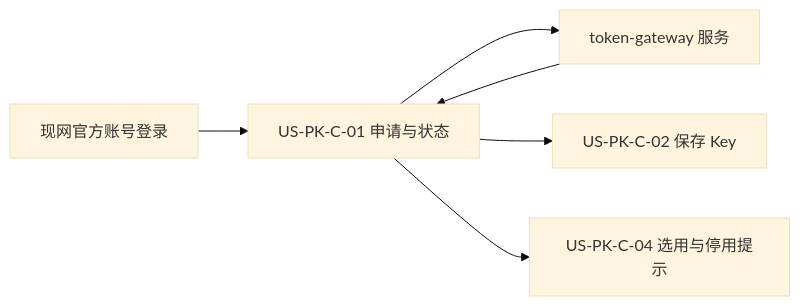
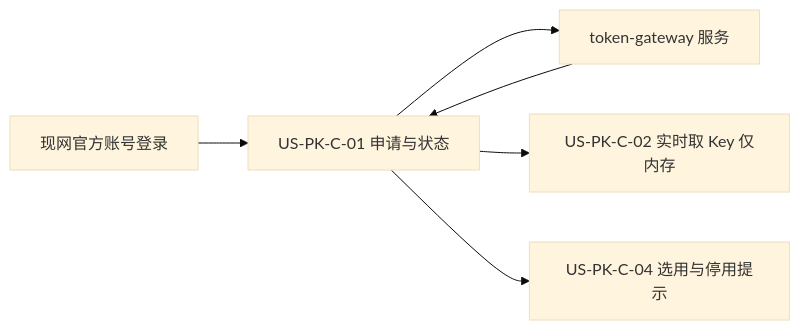
One commit to Pedro-MAFS/ftcs changed the first of 3 diagrams in docs/design/US-PK-C-01-申请官方PlacesKey与状态展示.md. Above: the diagram before and after it, drawn with Mermaid (base theme). The commit also changed other lines of this file and 4 other files, not shown here.

````diff
--- a/docs/design/US-PK-C-01-申请官方PlacesKey与状态展示.md
+++ b/docs/design/US-PK-C-01-申请官方PlacesKey与状态展示.md
@@ -41,14 +41,14 @@
 ```mermaid
 flowchart LR
   login[现网官方账号登录]
   c01[US-PK-C-01 申请与状态]
   gw[token-gateway 服务]
-  c02[US-PK-C-02 保存 Key]
+  c02[US-PK-C-02 实时取 Key 仅内存]
   c04[US-PK-C-04 选用与停用提示]
 
   login --> c01
   c01 --> gw
   gw --> c01
   c01 --> c02
   c01 --> c04
 ```
````
